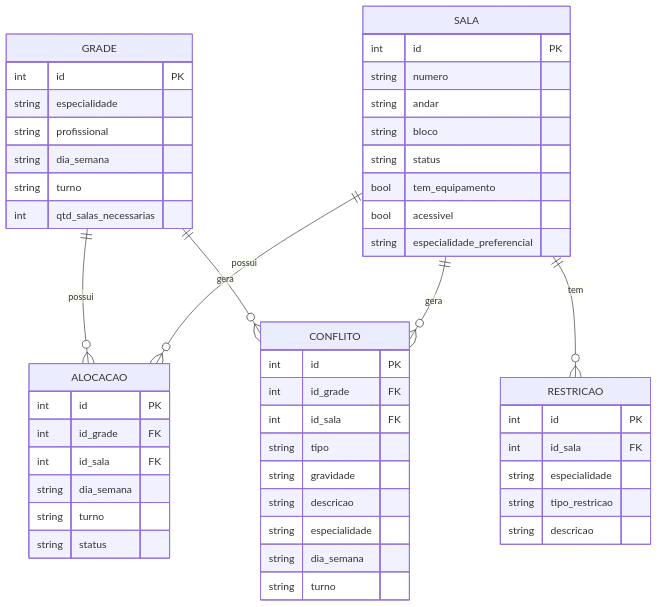
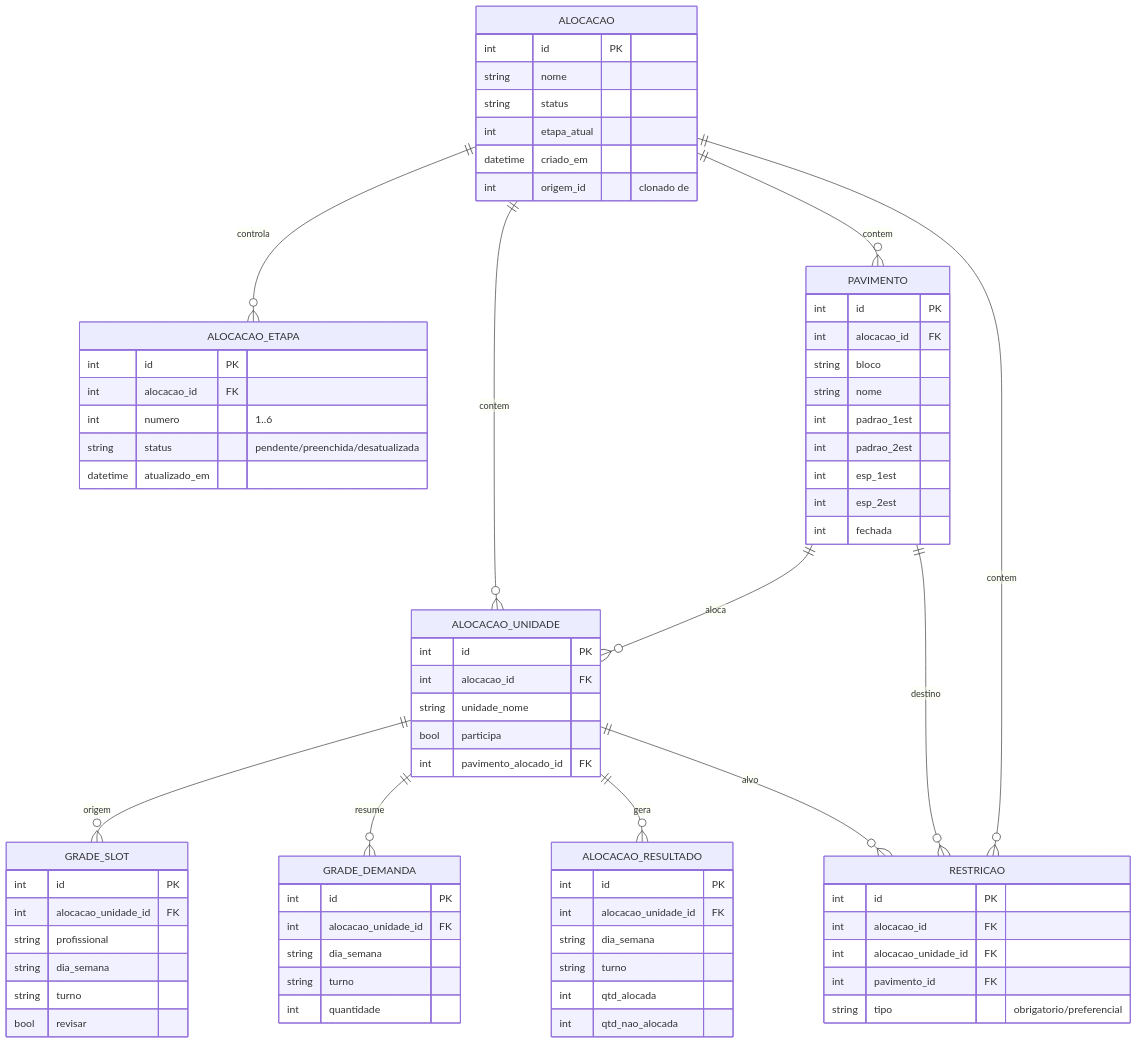
The first of 2 diagrams in docs/spec/04-modelo-dados.md (DgCavalcanti/appstartTeam1), drawn with Mermaid before and after one commit. The commit also changed other lines of this file and 8 other files, not shown here.

````diff
--- a/docs/spec/04-modelo-dados.md
+++ b/docs/spec/04-modelo-dados.md
@@ -4,52 +6,77 @@
 ```mermaid
 erDiagram
-    GRADE ||--o{ ALOCACAO : possui
-    SALA ||--o{ ALOCACAO : possui
-    GRADE ||--o{ CONFLITO : gera
-    SALA ||--o{ CONFLITO : gera
-    SALA ||--o{ RESTRICAO : tem
-    GRADE {
+    ALOCACAO ||--o{ ALOCACAO_ETAPA : controla
+    ALOCACAO ||--o{ ALOCACAO_UNIDADE : contem
+    ALOCACAO ||--o{ PAVIMENTO : contem
+    ALOCACAO ||--o{ RESTRICAO : contem
+    ALOCACAO_UNIDADE ||--o{ GRADE_SLOT : origem
+    ALOCACAO_UNIDADE ||--o{ GRADE_DEMANDA : resume
+    ALOCACAO_UNIDADE ||--o{ ALOCACAO_RESULTADO : gera
+    PAVIMENTO ||--o{ ALOCACAO_UNIDADE : aloca
+    ALOCACAO_UNIDADE ||--o{ RESTRICAO : alvo
+    PAVIMENTO ||--o{ RESTRICAO : destino
+
+    ALOCACAO {
         int id PK
-        string especialidade
+        string nome
+        string status
+        int etapa_atual
+        datetime criado_em
+        int origem_id "clonado de"
+    }
+    ALOCACAO_ETAPA {
+        int id PK
+        int alocacao_id FK
+        int numero "1..6"
+        string status "pendente/preenchida/desatualizada"
+        datetime atualizado_em
+    }
+    ALOCACAO_UNIDADE {
+        int id PK
+        int alocacao_id FK
+        string unidade_nome
+        bool participa
+        int pavimento_alocado_id FK
+    }
+    PAVIMENTO {
+        int id PK
+        int alocacao_id FK
+        string bloco
+        string nome
+        int padrao_1est
+        int padrao_2est
+        int esp_1est
+        int esp_2est
+        int fechada
+    }
+    RESTRICAO {
+        int id PK
+        int alocacao_id FK
+        int alocacao_unidade_id FK
+        int pavimento_id FK
+        string tipo "obrigatorio/preferencial"
+    }
+    GRADE_SLOT {
+        int id PK
+        int alocacao_unidade_id FK
         string profissional
         string dia_semana
         string turno
-        int qtd_salas_necessarias
+        bool revisar
     }
-    SALA {
+    GRADE_DEMANDA {
         int id PK
-        string numero
-        string andar
-        string bloco
-        string status
-        bool tem_equipamento
-        bool acessivel
-        string especialidade_preferencial
-    }
-    RESTRICAO {
-        int id PK
-        int id_sala FK
-        string especialidade
-        string tipo_restricao
-        string descricao
-    }
-    ALOCACAO {
-        int id PK
-        int id_grade FK
-        int id_sala FK
+        int alocacao_unidade_id FK
         string dia_semana
         string turno
-        string status
+        int quantidade
     }
-    CONFLITO {
+    ALOCACAO_RESULTADO {
         int id PK
-        int id_grade FK
-        int id_sala FK
-        string tipo
-        string gravidade
-        string descricao
-        string especialidade
+        int alocacao_unidade_id FK
         string dia_semana
         string turno
+        int qtd_alocada
+        int qtd_nao_alocada
     }
 ```
````
